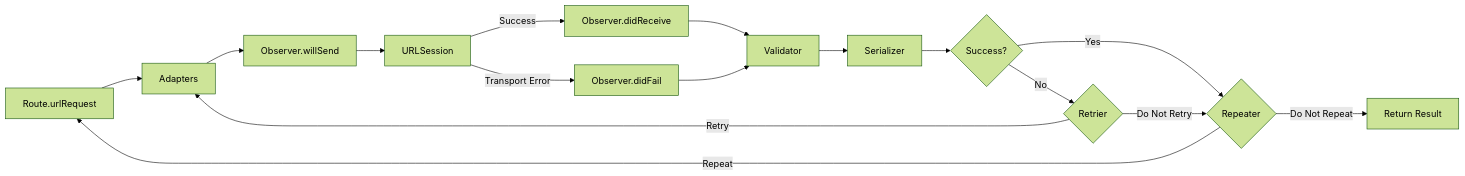
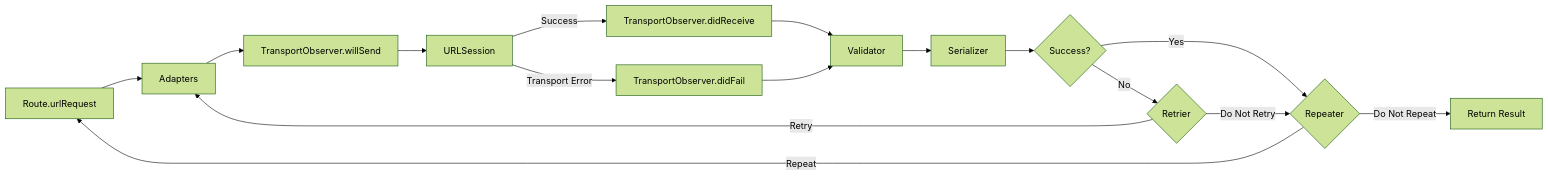
Before and after one commit to djk12587/PopNetworking: the diagram in README.md, drawn with Mermaid (forest theme). The commit also changed other lines of this file, not shown here.

````diff
--- a/README.md
+++ b/README.md
@@ -58,18 +58,18 @@
 ```mermaid
 flowchart LR
     A[Route.urlRequest] --> B[Adapters]
-    B --> O1[Observer.willSend]
+    B --> O1[TransportObserver.willSend]
     O1 --> C[URLSession]
-    C -- Success --> O2[Observer.didReceive]
-    C -- Transport Error --> O3[Observer.didFail]
+    C -- Success --> O2[TransportObserver.didReceive]
+    C -- Transport Error --> O3[TransportObserver.didFail]
     O2 --> D[Validator]
     O3 --> D
     D --> E[Serializer]
     E --> F{Success?}
     F -- Yes --> I{Repeater}
     F -- No --> H{Retrier}
     H -- Retry --> B
     H -- Do Not Retry --> I
     I -- Repeat --> A
     I -- Do Not Repeat --> G[Return Result]
 ```
````
